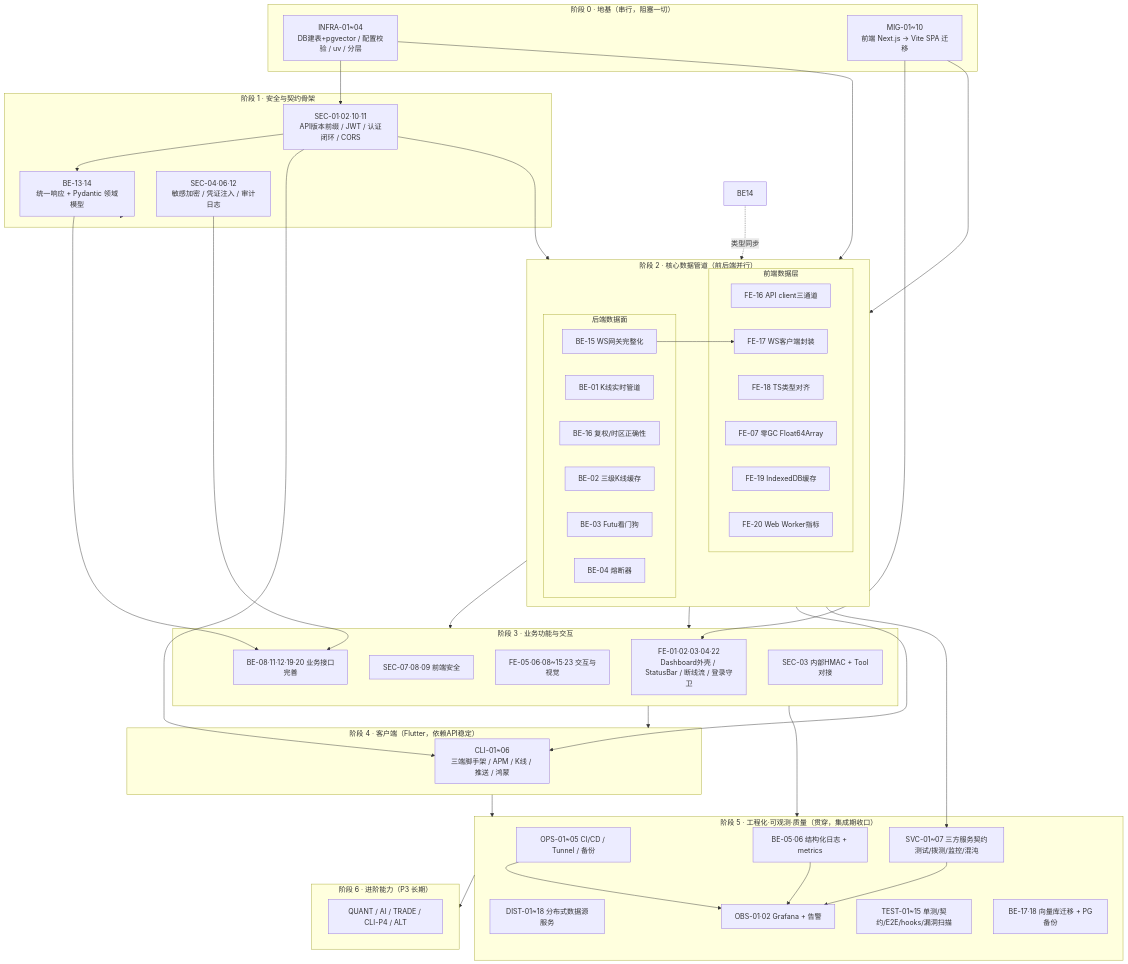
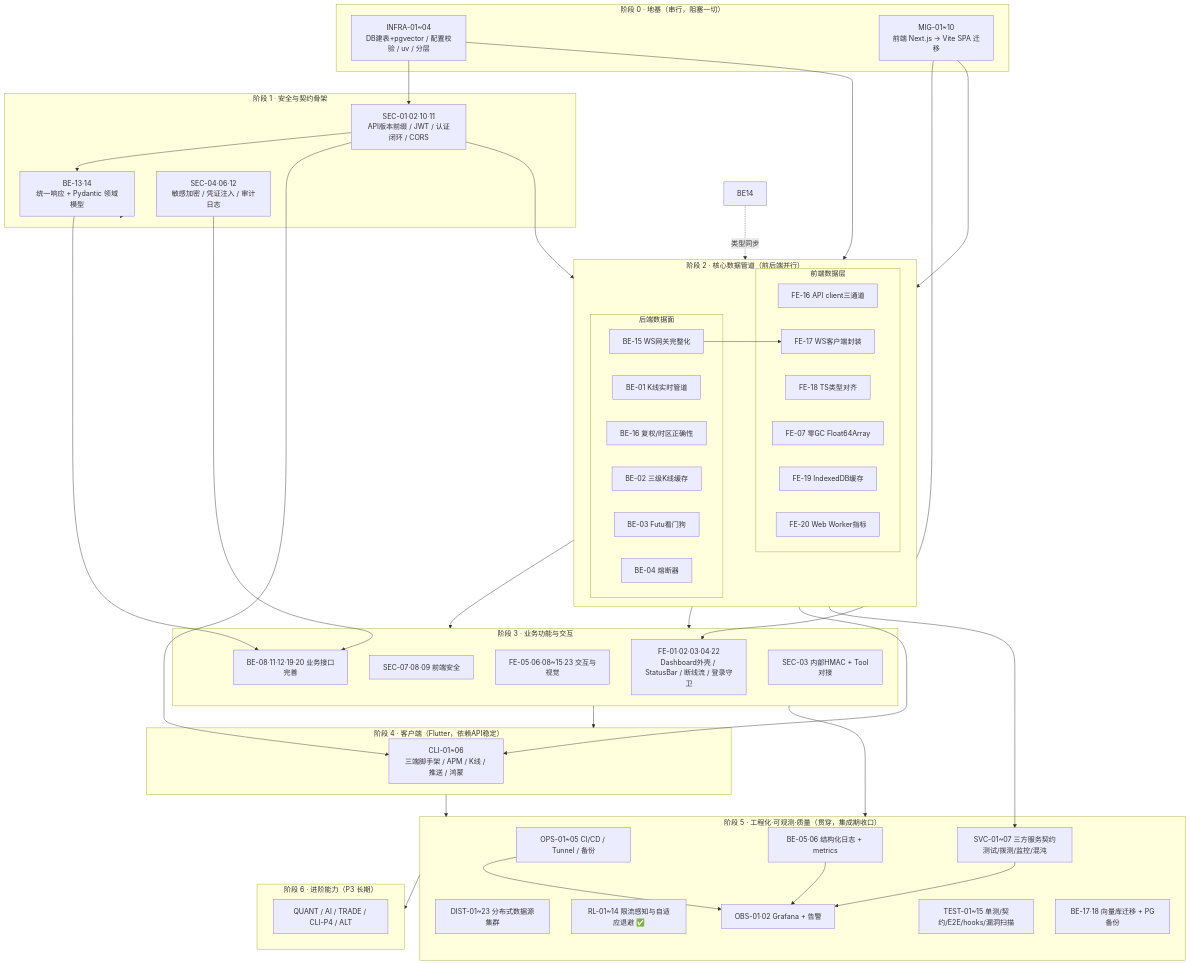
Before and after one commit to songlinhe5-lab/quant_agent: the diagram in docs/TODO.md, drawn with Mermaid. The commit also changed other lines of this file and 123 other files, not shown here.

```diff
--- a/docs/TODO.md
+++ b/docs/TODO.md
@@ -58,7 +58,8 @@
 
     subgraph S5["阶段 5 · 工程化·可观测·质量（贯穿，集成期收口）"]
         OPS["OPS-01~05 CI/CD / Tunnel / 备份"]
-        DIST["DIST-01~18 分布式数据源服务"]
+        DIST["DIST-01~23 分布式数据源集群"]
+        RL["RL-01~14 限流感知与自适应退避 ✅"]
         BE0506["BE-05·06 结构化日志 + metrics"]
         OBS["OBS-01·02 Grafana + 告警"]
         TEST["TEST-01~15 单测/契约/E2E/hooks/漏洞扫描"]
```
